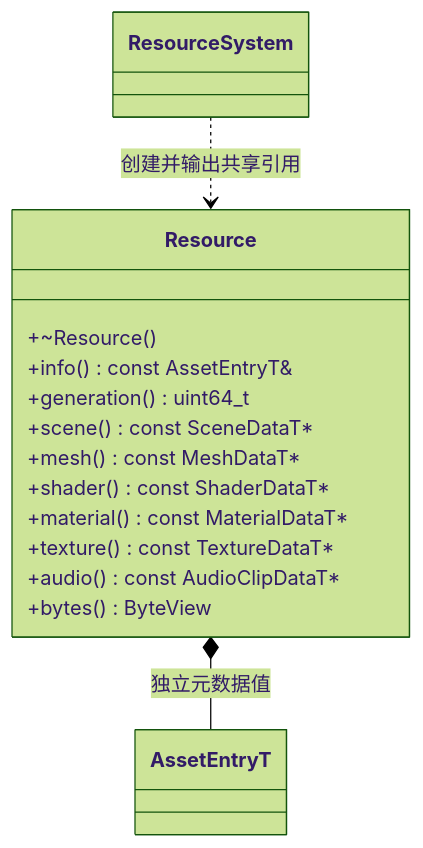
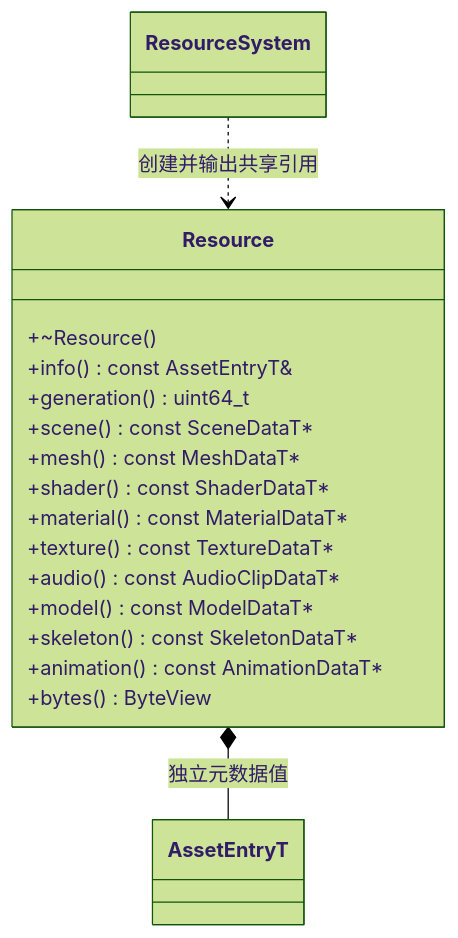
Before and after one commit to lcals/Engine: the first of 2 diagrams in docs/runtime/class-diagrams/resource.md, drawn with Mermaid (forest theme). The commit also changed other lines of this file and 213 other files, not shown here.

Commit message:
feat: add model import plugins, skeletal animation and character controllers

````diff
--- a/docs/runtime/class-diagrams/resource.md
+++ b/docs/runtime/class-diagrams/resource.md
@@ -7,19 +7,22 @@
 ```mermaid
 classDiagram
     class Resource {
         +~Resource()
         +info() const AssetEntryT&
         +generation() uint64_t
         +scene() const SceneDataT#42;
         +mesh() const MeshDataT#42;
         +shader() const ShaderDataT#42;
         +material() const MaterialDataT#42;
         +texture() const TextureDataT#42;
         +audio() const AudioClipDataT#42;
+        +model() const ModelDataT#42;
+        +skeleton() const SkeletonDataT#42;
+        +animation() const AnimationDataT#42;
         +bytes() ByteView
     }
     class AssetEntryT
     class ResourceSystem
     Resource *-- AssetEntryT : 独立元数据值
     ResourceSystem ..> Resource : 创建并输出共享引用
 ```
````
